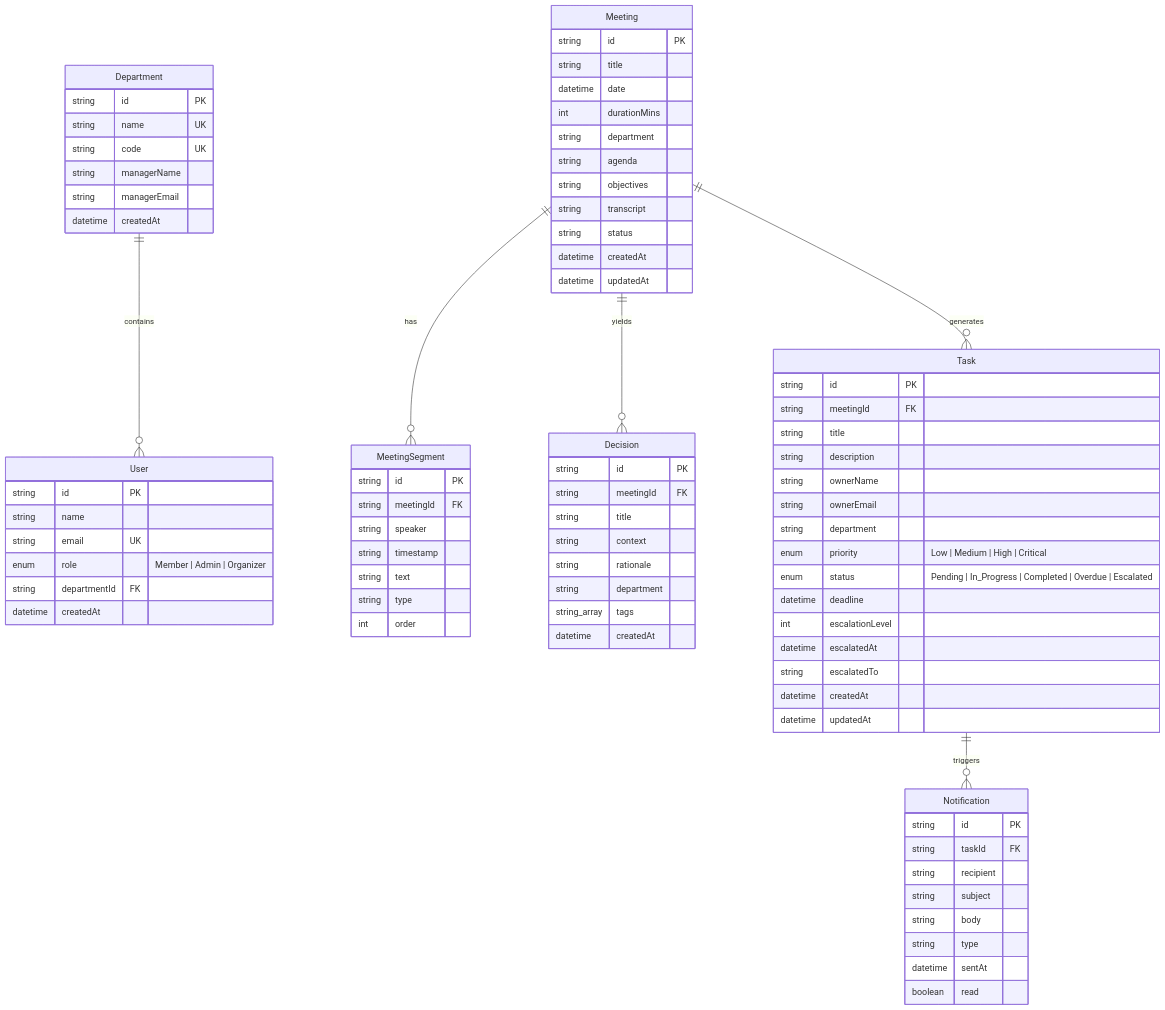
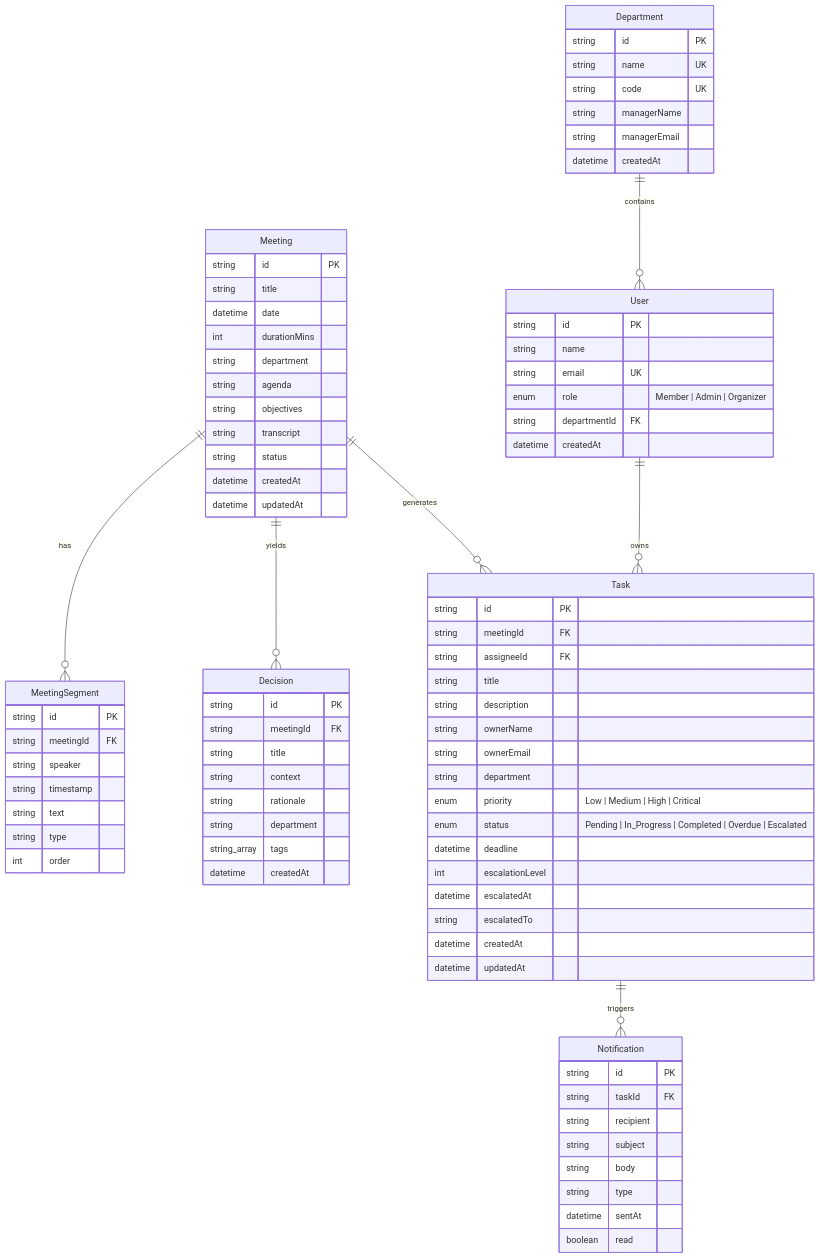
One commit to Harshmalhotra2007/Innovexa changed the diagram in DATABASE.md. Above: the diagram before and after it, drawn with Mermaid. The commit also changed 103 other files, not shown here.

Commit message:
docs: complete database and schema documentation synchronization

```diff
--- a/DATABASE.md
+++ b/DATABASE.md
@@ -12,6 +12,7 @@
     Meeting ||--o{ MeetingSegment : "has"
     Meeting ||--o{ Decision : "yields"
     Meeting ||--o{ Task : "generates"
+    User ||--o{ Task : "owns"
     Task ||--o{ Notification : "triggers"
 
     Department {
@@ -70,6 +71,7 @@
     Task {
         string id PK
         string meetingId FK
+        string assigneeId FK
         string title
         string description
         string ownerName
```
